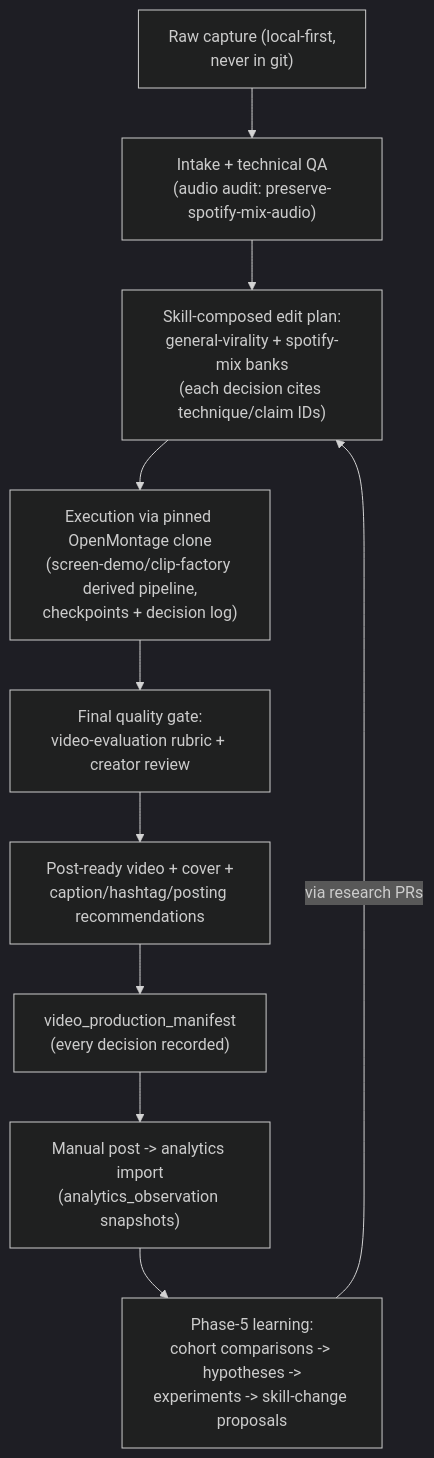
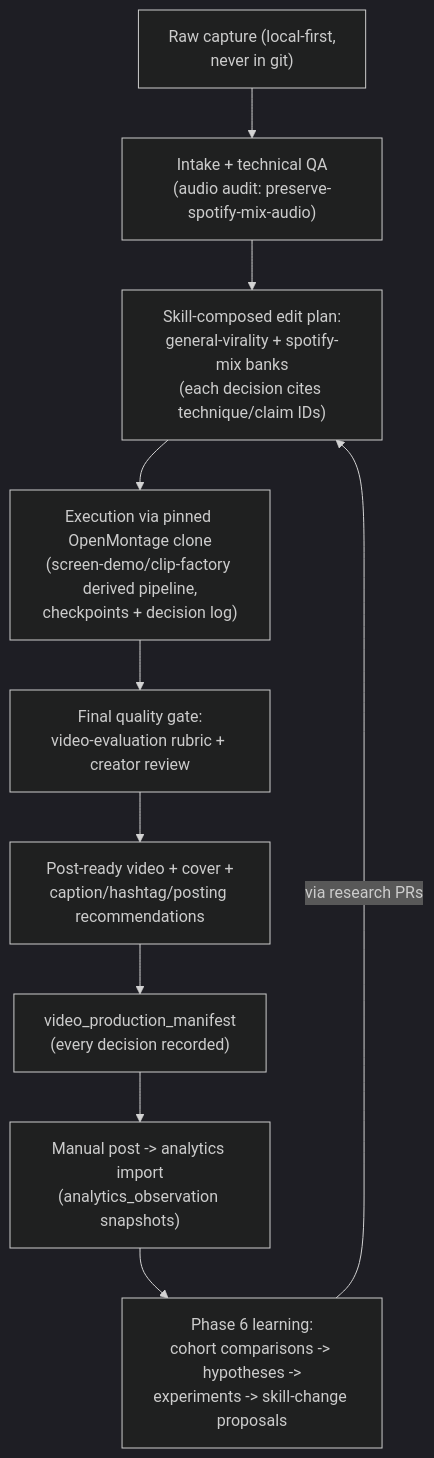
Before and after one commit to sammyswe/EssenceOfVirality: the diagram in docs/architecture/future-video-pipeline.md, drawn with Mermaid (dark theme). The commit also changed other lines of this file and 15 other files, not shown here.

````diff
--- a/docs/architecture/future-video-pipeline.md
+++ b/docs/architecture/future-video-pipeline.md
@@ -15,12 +15,12 @@
 ```mermaid
 flowchart TD
     RAW["Raw capture (local-first,\nnever in git)"] --> INTAKE["Intake + technical QA\n(audio audit: preserve-spotify-mix-audio)"]
     INTAKE --> PLAN["Skill-composed edit plan:\ngeneral-virality + spotify-mix banks\n(each decision cites technique/claim IDs)"]
     PLAN --> EXEC["Execution via pinned OpenMontage clone\n(screen-demo/clip-factory derived pipeline,\ncheckpoints + decision log)"]
     EXEC --> QA["Final quality gate:\nvideo-evaluation rubric + creator review"]
     QA --> OUT["Post-ready video + cover +\ncaption/hashtag/posting recommendations"]
     OUT --> VPM["video_production_manifest\n(every decision recorded)"]
     VPM --> AN["Manual post -> analytics import\n(analytics_observation snapshots)"]
-    AN --> LEARN["Phase-5 learning:\ncohort comparisons -> hypotheses ->\nexperiments -> skill-change proposals"]
+    AN --> LEARN["Phase 6 learning:\ncohort comparisons -> hypotheses ->\nexperiments -> skill-change proposals"]
     LEARN -->|via research PRs| PLAN
 ```
````
